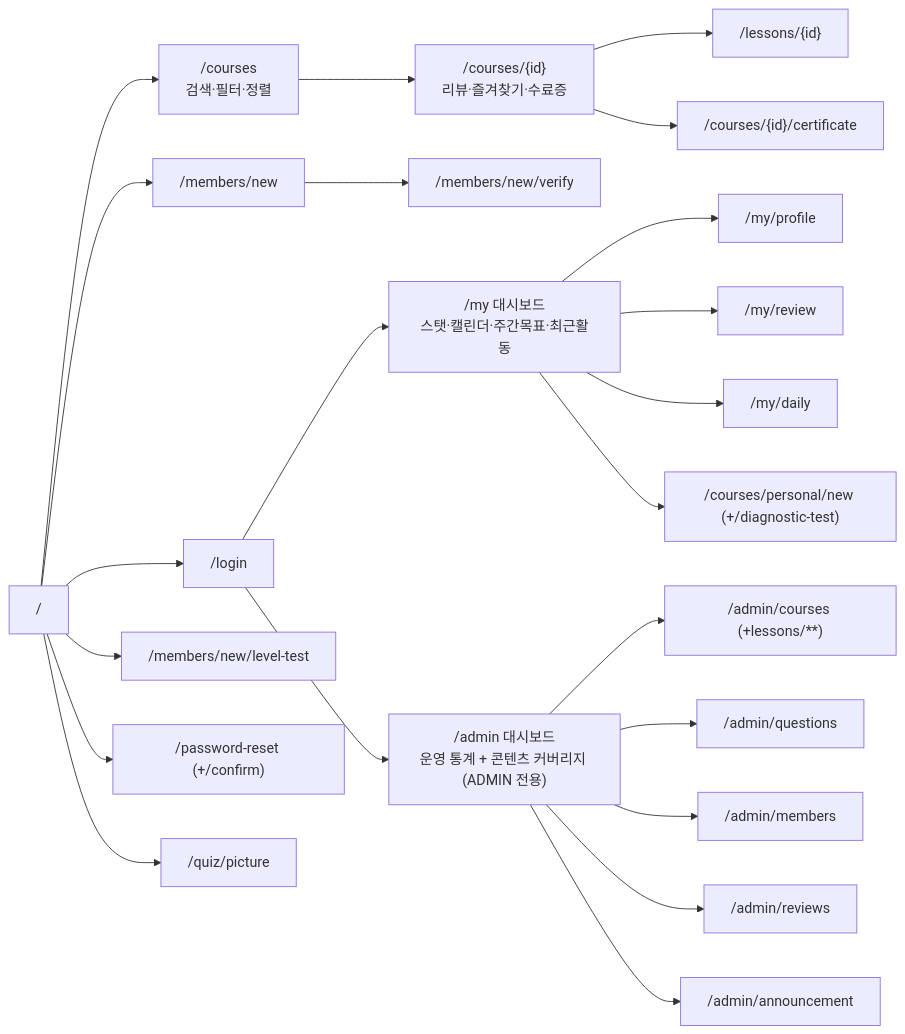
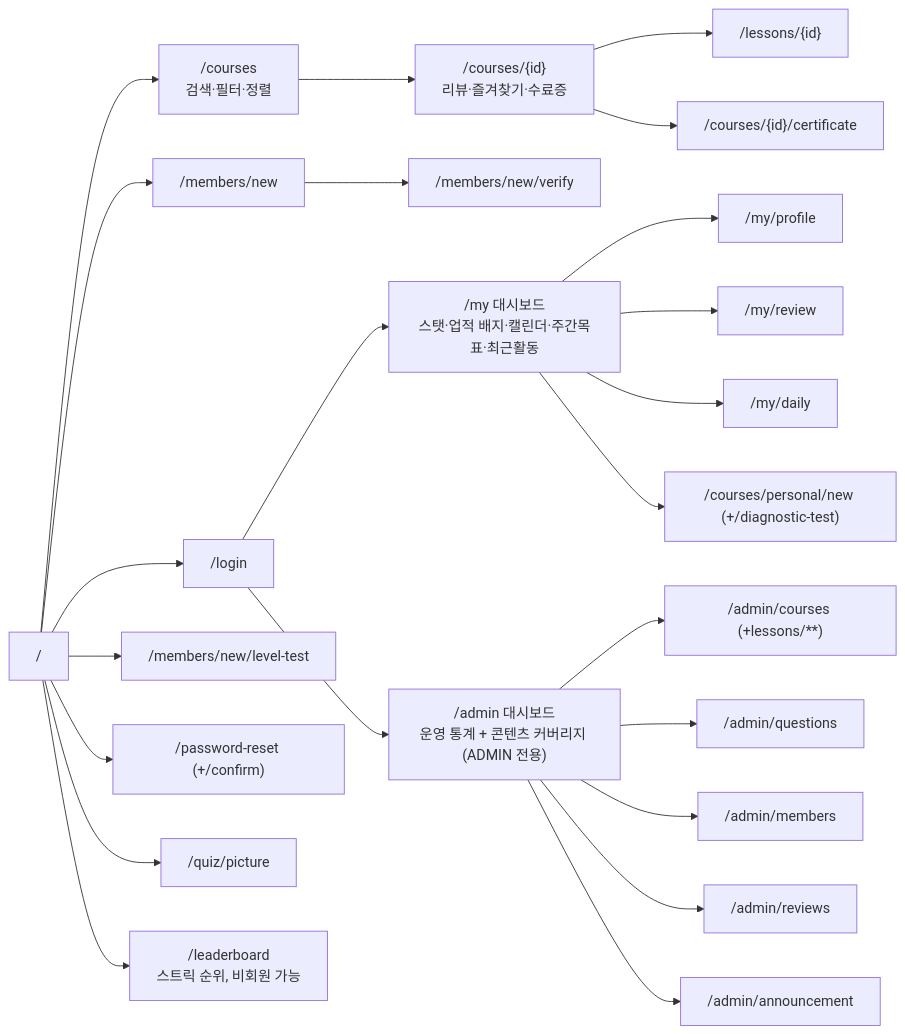
Before and after one commit to luminFrost/eduplatform: the third of 3 diagrams in docs/DESIGN.md, drawn with Mermaid. The commit also changed other lines of this file and 3 other files, not shown here.

````diff
--- a/docs/DESIGN.md
+++ b/docs/DESIGN.md
@@ -304,28 +304,29 @@
 ```mermaid
 flowchart LR
     Root["/"] --> Courses["/courses<br/>검색·필터·정렬"]
     Courses --> CourseDetail["/courses/{id}<br/>리뷰·즐겨찾기·수료증"]
     CourseDetail --> Lesson["/lessons/{id}"]
     CourseDetail --> Certificate["/courses/{id}/certificate"]
 
     Root --> Signup["/members/new"]
     Signup --> Verify["/members/new/verify"]
     Root --> Login["/login"]
     Root --> LevelTest["/members/new/level-test"]
     Root --> PwReset["/password-reset (+/confirm)"]
 
-    Login --> My["/my 대시보드<br/>스탯·캘린더·주간목표·최근활동"]
+    Login --> My["/my 대시보드<br/>스탯·업적 배지·캘린더·주간목표·최근활동"]
     My --> Profile["/my/profile"]
     My --> Review["/my/review"]
     My --> Daily["/my/daily"]
     My --> PersonalNew["/courses/personal/new (+/diagnostic-test)"]
 
     Root --> PictureQuiz["/quiz/picture"]
+    Root --> Leaderboard["/leaderboard<br/>스트릭 순위, 비회원 가능"]
 
     Login --> Admin["/admin 대시보드<br/>운영 통계 + 콘텐츠 커버리지 (ADMIN 전용)"]
     Admin --> AdminCourses["/admin/courses (+lessons/**)"]
     Admin --> AdminQuestions["/admin/questions"]
     Admin --> AdminMembers["/admin/members"]
     Admin --> AdminReviews["/admin/reviews"]
     Admin --> AdminAnnouncement["/admin/announcement"]
 ```
````
